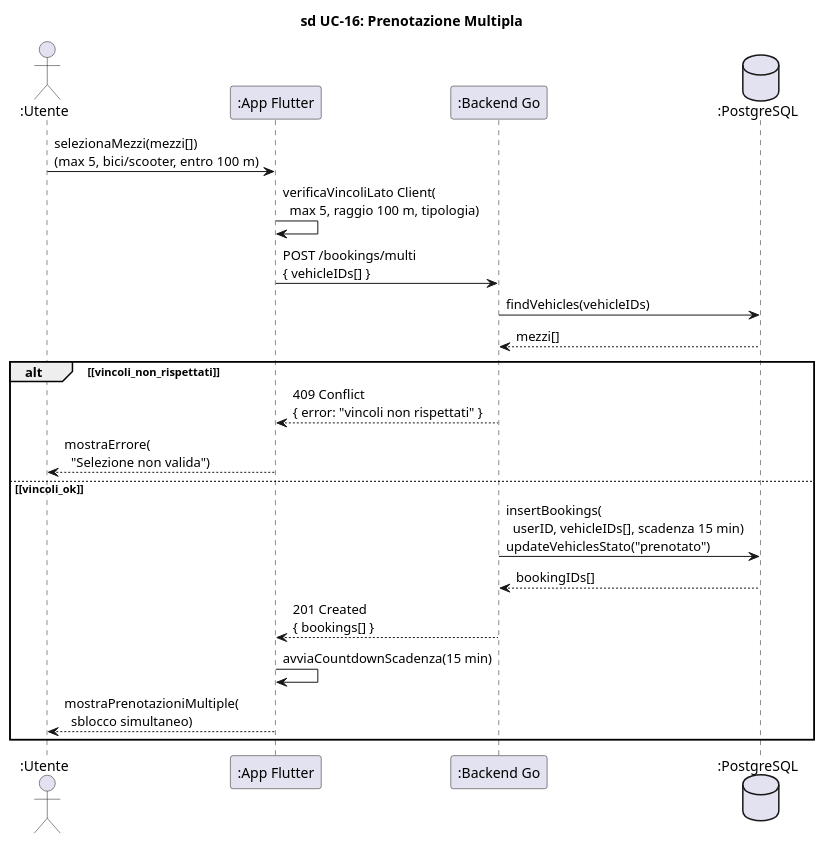
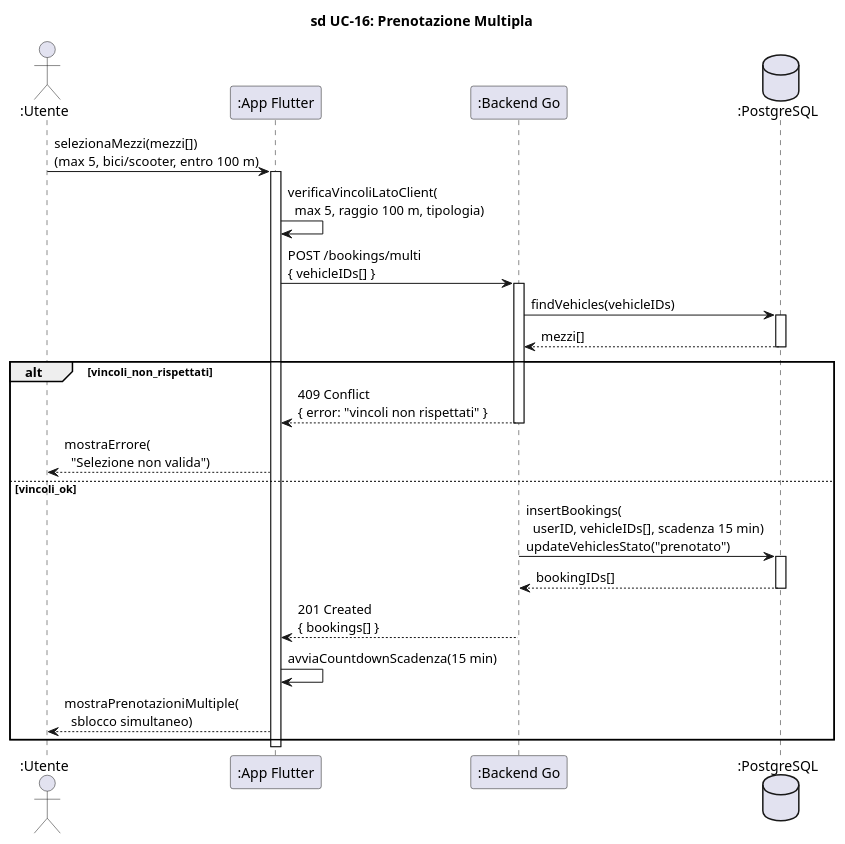
Before and after one commit to Lorisforse/Zipply: the diagram in docs/diagrams/puml/Sprint 2/sd_UC16_PrenotazioneMultipla.puml, drawn with PlantUML. The commit also changed 65 other files, not shown here.

Commit message:
Aggiunta UML sprint 3

```diff
--- a/docs/diagrams/puml/Sprint 2/sd_UC16_PrenotazioneMultipla.puml
+++ b/docs/diagrams/puml/Sprint 2/sd_UC16_PrenotazioneMultipla.puml
@@ -1,33 +1,43 @@
 @startuml sd_UC16_PrenotazioneMultipla
 
 title sd UC-16: Prenotazione Multipla
 
 skinparam hyperlinkColor black
 skinparam hyperlinkUnderline false
 
 actor ":Utente" as Utente
 participant ":App Flutter" as App
 participant ":Backend Go" as Backend
 database ":PostgreSQL" as DB
 
 Utente -> App : selezionaMezzi(mezzi[])\n(max 5, bici/scooter, entro 100 m)
+activate App
 
-App -> App : verificaVincoliLato Client(\n  max 5, raggio 100 m, tipologia)
+App -> App : verificaVincoliLatoClient(\n  max 5, raggio 100 m, tipologia)
 
 App -> Backend : POST /bookings/multi\n{ vehicleIDs[] }
+activate Backend
 
 Backend -> DB : findVehicles(vehicleIDs)
+activate DB
 DB --> Backend : mezzi[]
+deactivate DB
 
-alt ~[vincoli_non_rispettati~]
+alt vincoli_non_rispettati
     Backend --> App : 409 Conflict\n{ error: "vincoli non rispettati" }
+    deactivate Backend
     App --> Utente : mostraErrore(\n  "Selezione non valida")
-else ~[vincoli_ok~]
+else vincoli_ok
     Backend -> DB : insertBookings(\n  userID, vehicleIDs[], scadenza 15 min)\nupdateVehiclesStato("prenotato")
+    activate DB
     DB --> Backend : bookingIDs[]
+    deactivate DB
     Backend --> App : 201 Created\n{ bookings[] }
+    deactivate Backend
     App -> App : avviaCountdownScadenza(15 min)
     App --> Utente : mostraPrenotazioniMultiple(\n  sblocco simultaneo)
 end
 
+deactivate App
+
 @enduml
```
